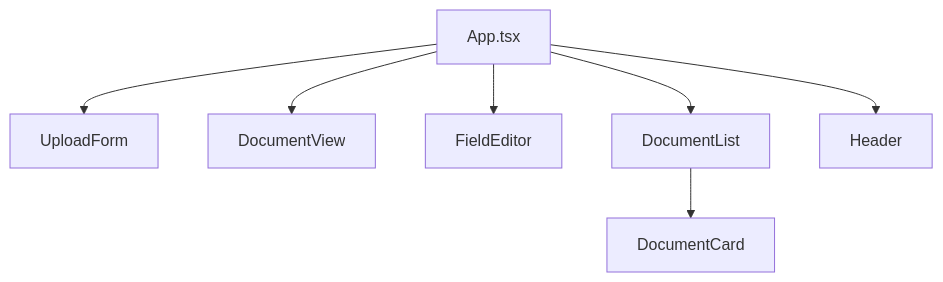
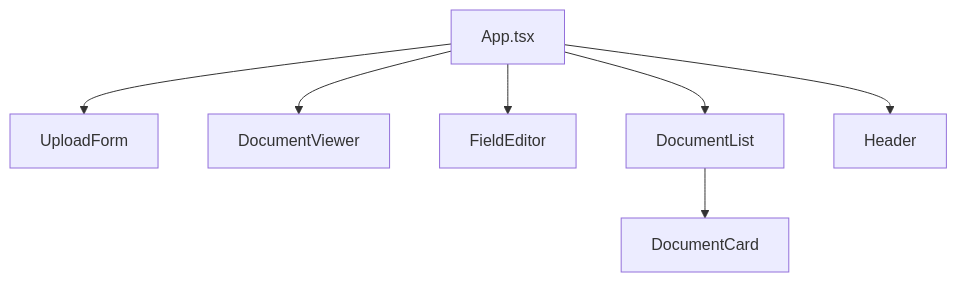
The first of 2 diagrams in docs/Frontend Design.md (JerrickLewis7190/Document-Scanner), drawn with Mermaid before and after one commit. The commit also changed other lines of this file and 10 other files, not shown here.

````diff
--- a/docs/Frontend Design.md
+++ b/docs/Frontend Design.md
@@ -7,10 +9,10 @@
 ```mermaid
 graph TD
   App[App.tsx]
   App --> UploadForm[UploadForm]
-  App --> DocumentView[DocumentView]
+  App --> DocumentViewer[DocumentViewer]
   App --> FieldEditor[FieldEditor]
   App --> DocumentList[DocumentList]
   DocumentList --> DocumentCard[DocumentCard]
   App --> Header[Header]
 ```
````
